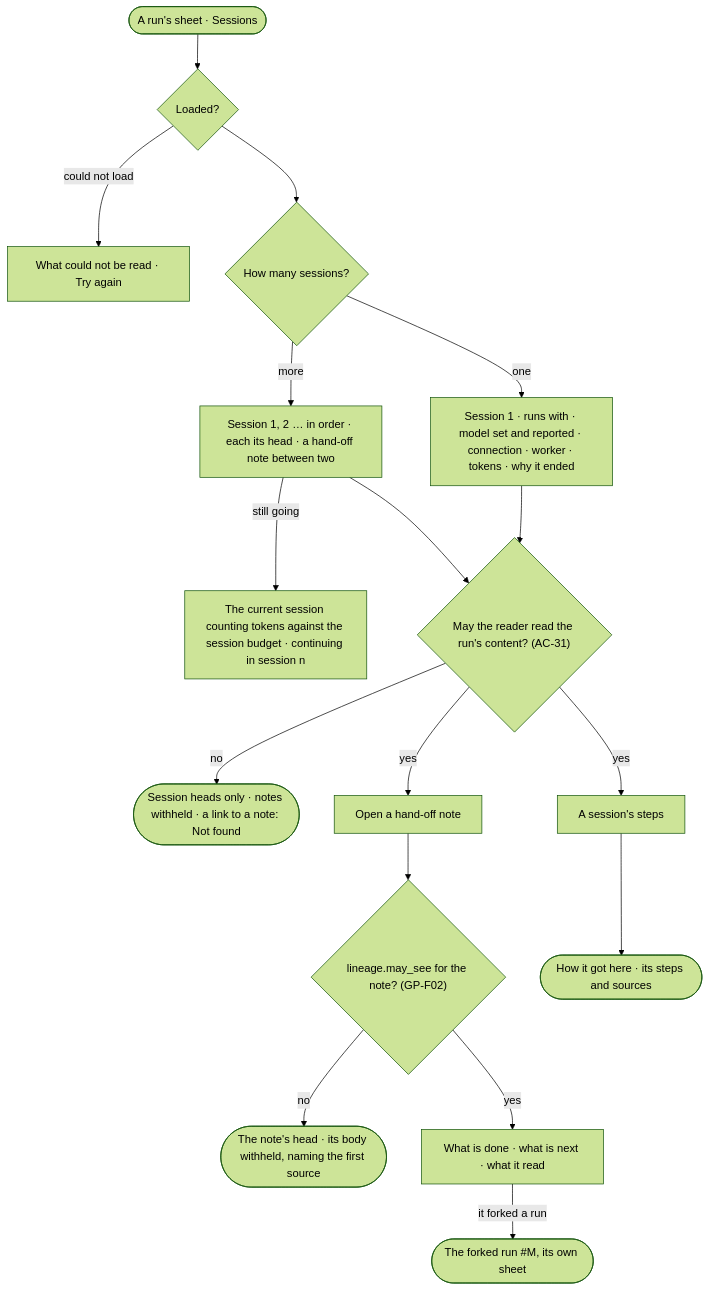
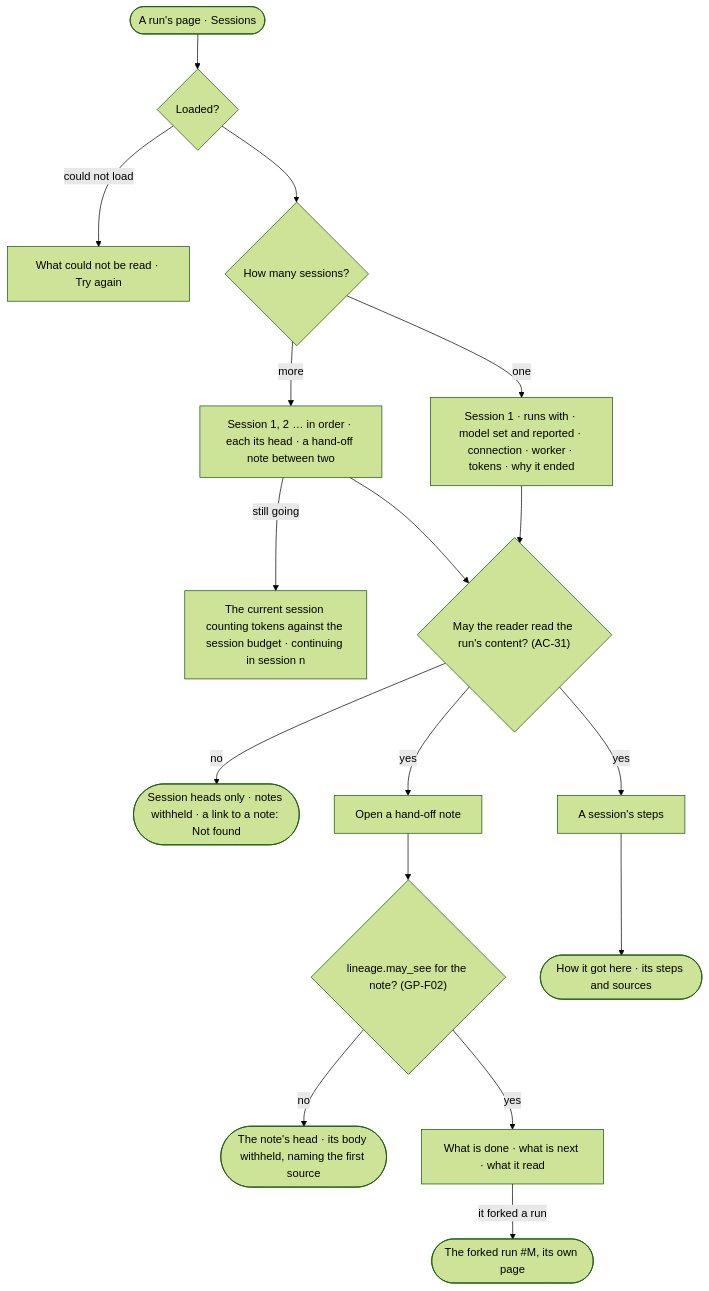
Before and after one commit to invana/invana: the diagram in specs/os/control/features/CP-F10-runs-and-how-the-agents-are-doing/stories/CP-66-read-a-run-session-by-session-with-its-hand-off-notes/story.md, drawn with Mermaid (forest theme). The commit also changed other lines of this file and 133 other files, not shown here.

````diff
--- a/specs/os/control/features/CP-F10-runs-and-how-the-agents-are-doing/stories/CP-66-read-a-run-session-by-session-with-its-hand-off-notes/story.md
+++ b/specs/os/control/features/CP-F10-runs-and-how-the-agents-are-doing/stories/CP-66-read-a-run-session-by-session-with-its-hand-off-notes/story.md
@@ -32,18 +32,18 @@
 ```mermaid
 flowchart TD
-  r([A run's sheet · Sessions]) --> ld{"Loaded?"}
+  r([A run's page · Sessions]) --> ld{"Loaded?"}
   ld -->|could not load| f["What could not be read · Try again"]
   ld --> n{"How many sessions?"}
   n -->|one| one["Session 1 · runs with · model set and reported · connection · worker · tokens · why it ended"]
   n -->|more| many["Session 1, 2 … in order · each its head · a hand-off note between two"]
   many -->|still going| live["The current session counting tokens against the session budget · continuing in session n"]
   many --> c{"May the reader read the run's content? (AC-31)"}
   one --> c
   c -->|no| heads(["Session heads only · notes withheld · a link to a note: Not found"])
   c -->|yes| note["Open a hand-off note"]
   note --> l{"lineage.may_see for the note? (GP-F02)"}
   l -->|no| nw(["The note's head · its body withheld, naming the first source"])
   l -->|yes| body["What is done · what is next · what it read"]
-  body -->|it forked a run| fk(["The forked run #M, its own sheet"])
+  body -->|it forked a run| fk(["The forked run #M, its own page"])
   c -->|yes| st["A session's steps"] --> hig(["How it got here · its steps and sources"])
 ```
````
